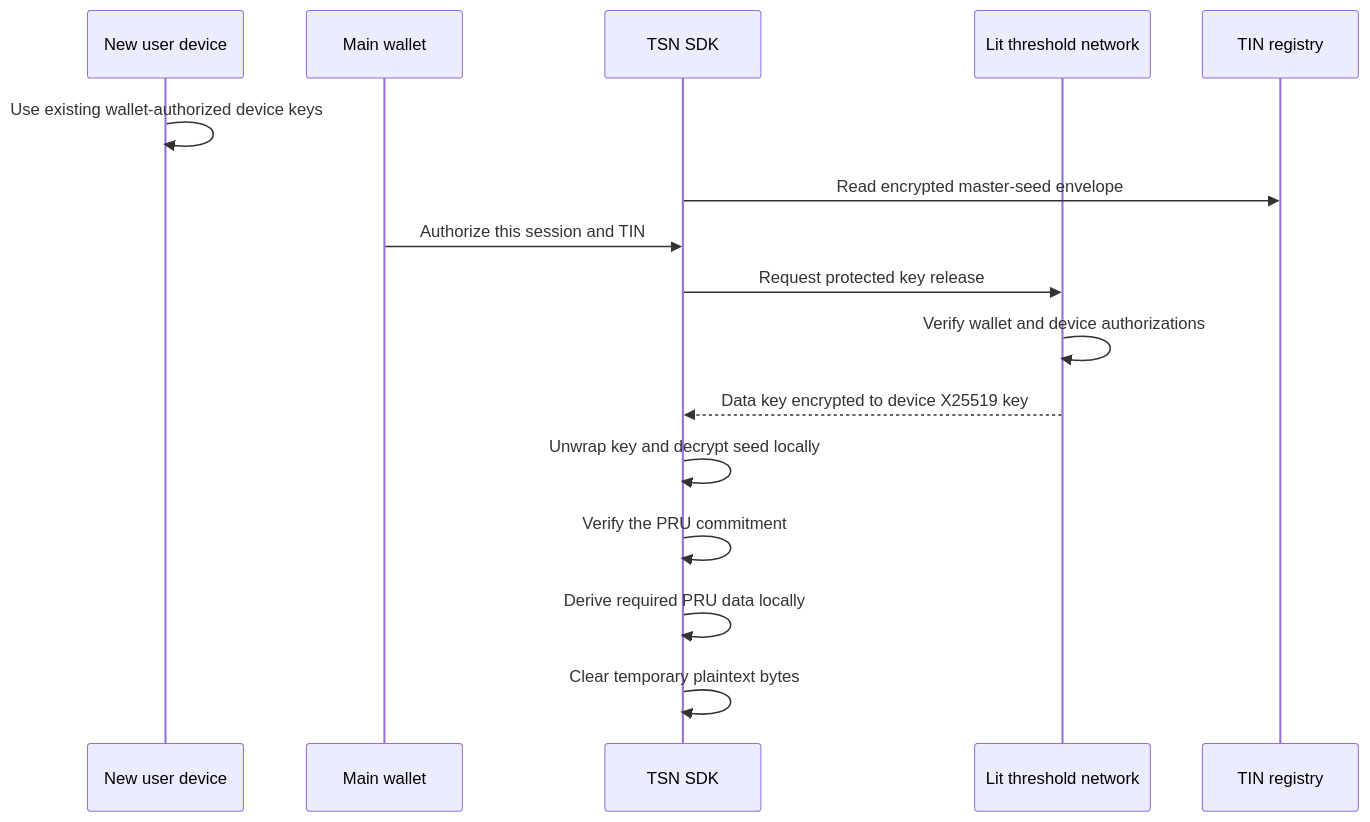
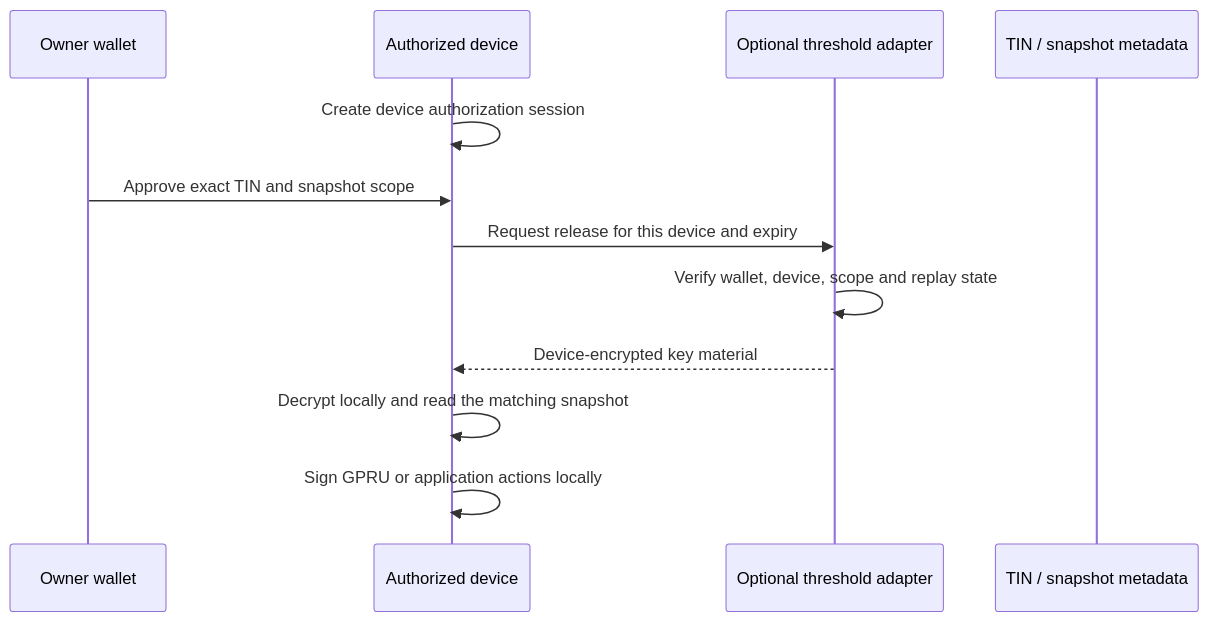
The diagram in docs/lit-protocol-in-tsn.md (bigdreamsweb3/trustlink-pay), drawn with Mermaid before and after one commit. The commit also changed other lines of this file and 92 other files, not shown here.

````diff
--- a/docs/lit-protocol-in-tsn.md
+++ b/docs/lit-protocol-in-tsn.md
@@ -113,19 +24,15 @@
 ```mermaid
 sequenceDiagram
-    participant D as New user device
-    participant W as Main wallet
-    participant SDK as TSN SDK
-    participant L as Lit threshold network
-    participant T as TIN registry
+    participant W as Owner wallet
+    participant D as Authorized device
+    participant L as Optional threshold adapter
+    participant T as TIN / snapshot metadata
 
-    D->>D: Use existing wallet-authorized device keys
-    SDK->>T: Read encrypted master-seed envelope
-    W->>SDK: Authorize this session and TIN
-    SDK->>L: Request protected key release
-    L->>L: Verify wallet and device authorizations
-    L-->>SDK: Data key encrypted to device X25519 key
-    SDK->>SDK: Unwrap key and decrypt seed locally
-    SDK->>SDK: Verify the PRU commitment
-    SDK->>SDK: Derive required PRU data locally
-    SDK->>SDK: Clear temporary plaintext bytes
+    D->>D: Create device authorization session
+    W->>D: Approve exact TIN and snapshot scope
+    D->>L: Request release for this device and expiry
+    L->>L: Verify wallet, device, scope and replay state
+    L-->>D: Device-encrypted key material
+    D->>D: Decrypt locally and read the matching snapshot
+    D->>D: Sign GPRU or application actions locally
 ```
````
